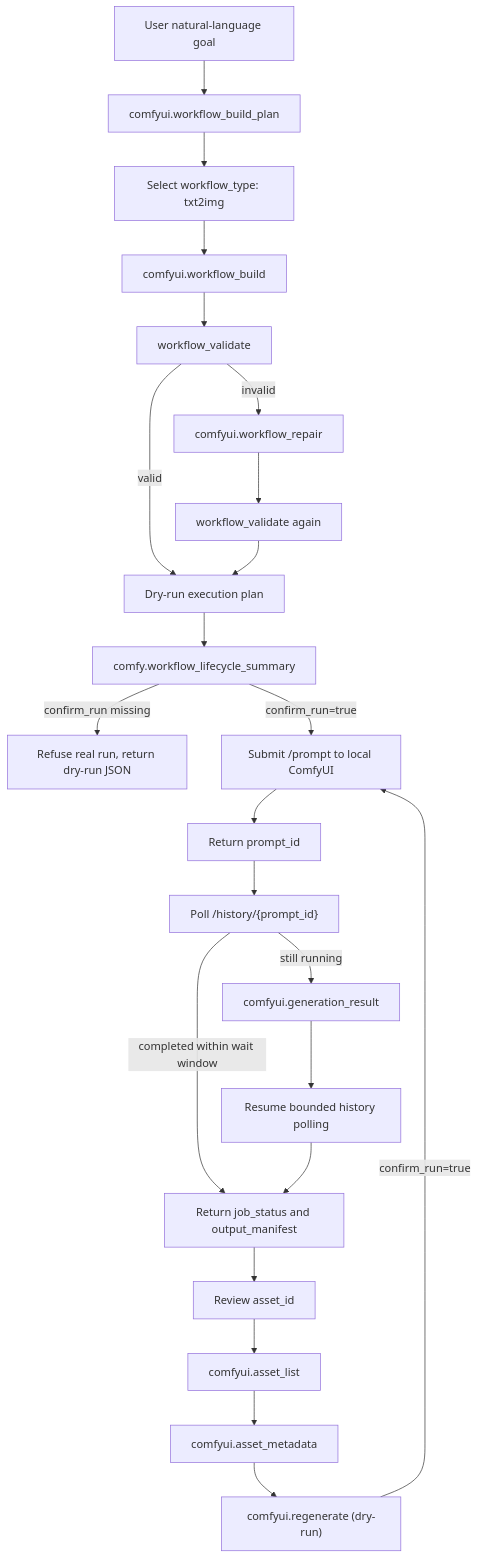
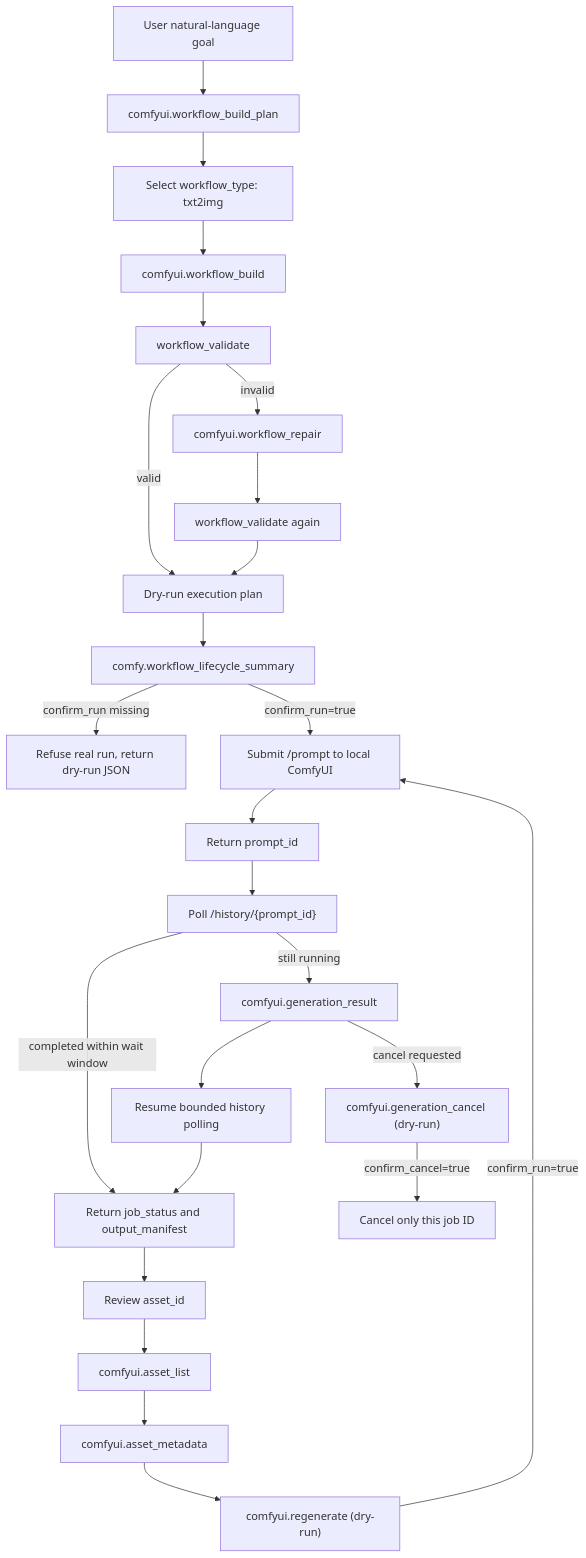
Before and after one commit to jianbaorui07-dot/CreNexus: the diagram in docs/comfyui-agent-workflow-protocol.md, drawn with Mermaid. The commit also changed other lines of this file and 4 other files, not shown here.

````diff
--- a/docs/comfyui-agent-workflow-protocol.md
+++ b/docs/comfyui-agent-workflow-protocol.md
@@ -5,25 +5,27 @@
 ```mermaid
 flowchart TD
     A["User natural-language goal"] --> B["comfyui.workflow_build_plan"]
     B --> C["Select workflow_type: txt2img"]
     C --> D["comfyui.workflow_build"]
     D --> E["workflow_validate"]
     E -->|valid| H["Dry-run execution plan"]
     E -->|invalid| F["comfyui.workflow_repair"]
     F --> G["workflow_validate again"]
     G --> H
     H --> N["comfy.workflow_lifecycle_summary"]
     N -->|confirm_run missing| I["Refuse real run, return dry-run JSON"]
     N -->|confirm_run=true| J["Submit /prompt to local ComfyUI"]
     J --> K["Return prompt_id"]
     K --> L["Poll /history/{prompt_id}"]
     L -->|completed within wait window| M["Return job_status and output_manifest"]
     L -->|still running| O["comfyui.generation_result"]
+    O -->|cancel requested| U["comfyui.generation_cancel (dry-run)"]
+    U -->|confirm_cancel=true| V["Cancel only this job ID"]
     O --> P["Resume bounded history polling"]
     P --> M
     M --> Q["Review asset_id"]
     Q --> T["comfyui.asset_list"]
     T --> S["comfyui.asset_metadata"]
     S --> R["comfyui.regenerate (dry-run)"]
     R -->|confirm_run=true| J
 ```
````
